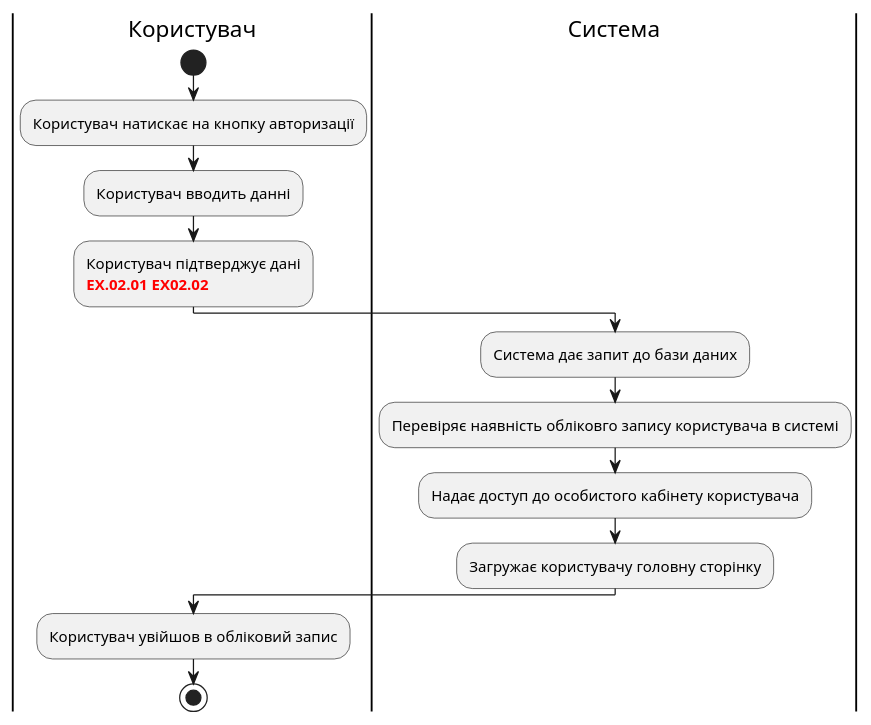
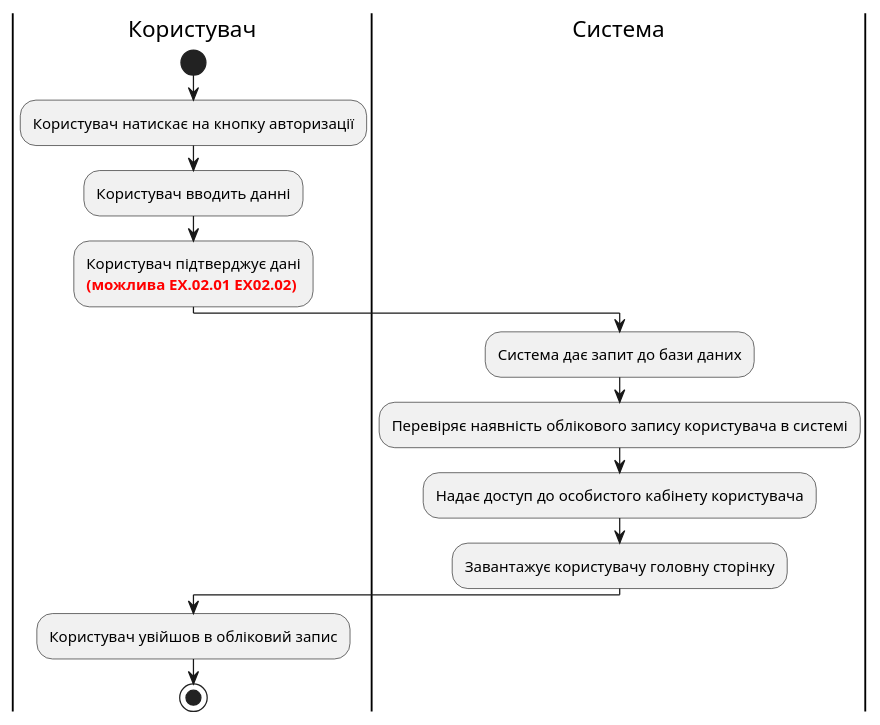
The sixth of 16 diagrams in docs/use cases/README.md (edu-db/edu_db_labs), drawn with PlantUML before and after one commit. The commit also changed other lines of this file, not shown here.

```diff
--- a/docs/use cases/README.md
+++ b/docs/use cases/README.md
@@ -195,21 +193,21 @@
 @startuml
 
 |Користувач|
 start;
 :Користувач натискає на кнопку авторизації;
 :Користувач вводить данні;
 :Користувач підтверджує дані
-<font color="red"><b>EX.02.01 EX02.02;
+<font color="red"><b>(можлива EX.02.01 EX02.02);
 
 |Система|
 :Система дає запит до бази даних;
-:Перевіряє наявність обліковго запису користувача в системі;
+:Перевіряє наявність облікового запису користувача в системі;
 :Надає доступ до особистого кабінету користувача;
-:Загружає користувачу головну сторінку;
+:Завантажує користувачу головну сторінку;
 
 |Користувач|
 :Користувач увійшов в обліковий запис;
 
 stop;
 
 @enduml
```
